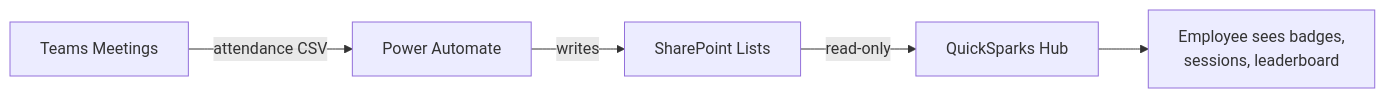
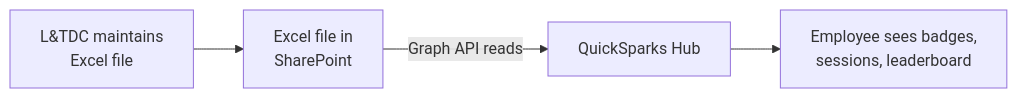
The second of 2 diagrams in README.md (aidantrabs/quicksparks), drawn with Mermaid before and after one commit. The commit also changed other lines of this file and 3 other files, not shown here.

Commit message:
docs: update all documentation to reflect excel-based data architecture

````diff
--- a/README.md
+++ b/README.md
@@ -168,7 +185,6 @@
 ```mermaid
 flowchart LR
-    A[Teams Meetings] -->|attendance CSV| B[Power Automate]
-    B -->|writes| C[SharePoint Lists]
-    C -->|read-only| D[QuickSparks Hub]
-    D --> E[Employee sees badges,<br/>sessions, leaderboard]
+    A[L&TDC maintains<br/>Excel file] --> B[Excel file in<br/>SharePoint]
+    B -->|Graph API reads| C[QuickSparks Hub]
+    C --> D[Employee sees badges,<br/>sessions, leaderboard]
 ```
````
